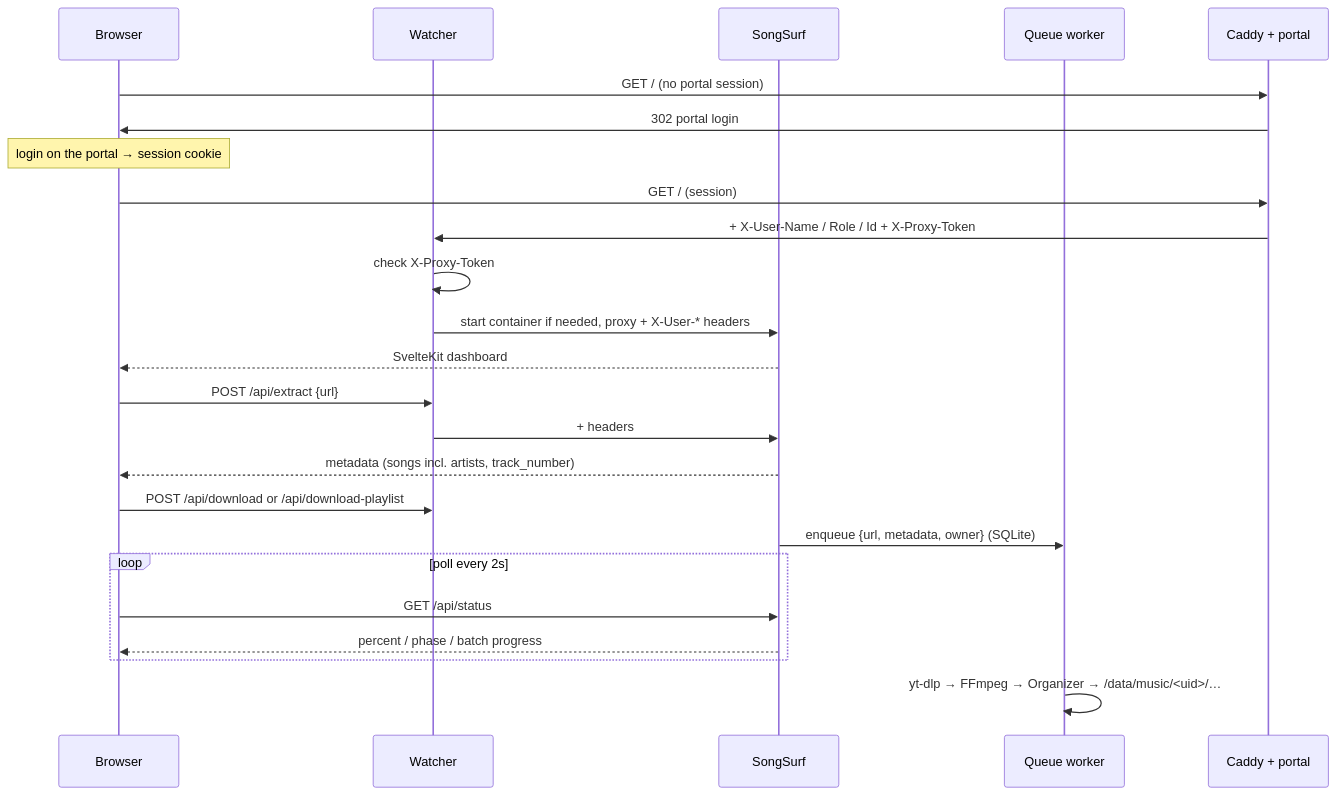
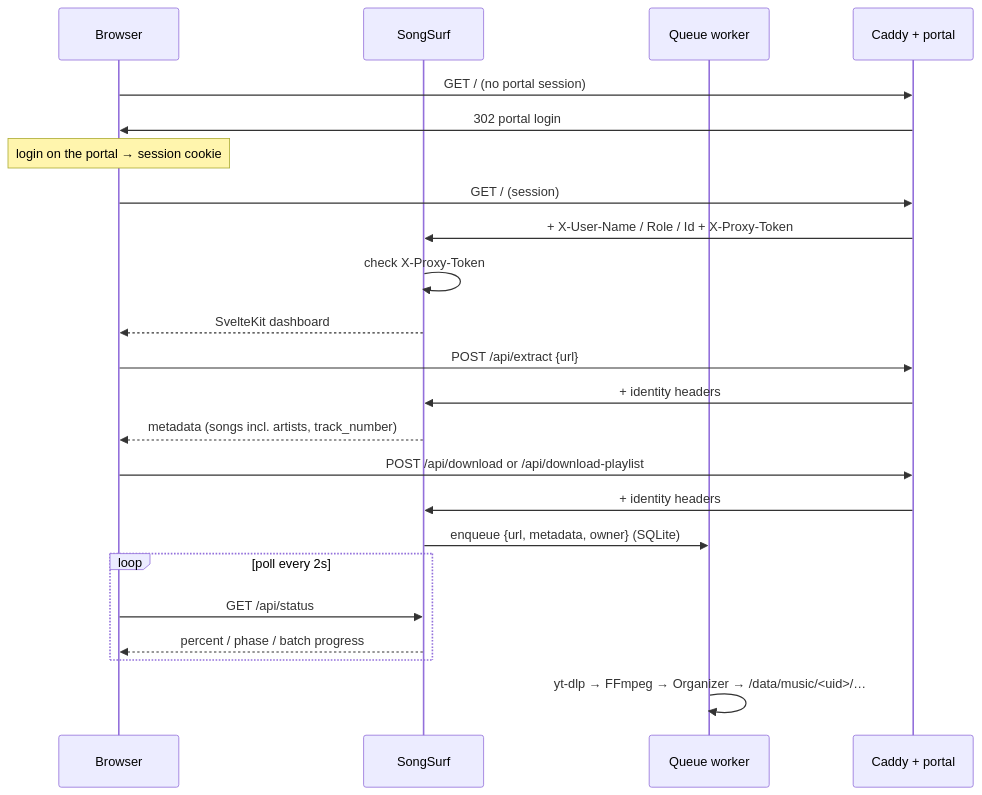
The second of 3 diagrams in docs/ARCHITECTURE.md (Rev0li/SongSurf), drawn with Mermaid before and after one commit. The commit also changed other lines of this file and 32 other files, not shown here.

````diff
--- a/docs/ARCHITECTURE.md
+++ b/docs/ARCHITECTURE.md
@@ -70,30 +58,29 @@
 ```mermaid
 sequenceDiagram
     participant B as Browser
-    participant W as Watcher
     participant S as SongSurf
     participant Q as Queue worker
     participant C as Caddy + portal
 
     B->>C: GET / (no portal session)
     C->>B: 302 portal login
     Note over B: login on the portal → session cookie
 
     B->>C: GET / (session)
-    C->>W: + X-User-Name / Role / Id + X-Proxy-Token
-    W->>W: check X-Proxy-Token
-    W->>S: start container if needed, proxy + X-User-* headers
+    C->>S: + X-User-Name / Role / Id + X-Proxy-Token
+    S->>S: check X-Proxy-Token
     S-->>B: SvelteKit dashboard
 
-    B->>W: POST /api/extract {url}
-    W->>S: + headers
+    B->>C: POST /api/extract {url}
+    C->>S: + identity headers
     S-->>B: metadata (songs incl. artists, track_number)
 
-    B->>W: POST /api/download or /api/download-playlist
+    B->>C: POST /api/download or /api/download-playlist
+    C->>S: + identity headers
     S->>Q: enqueue {url, metadata, owner} (SQLite)
     loop poll every 2s
         B->>S: GET /api/status
         S-->>B: percent / phase / batch progress
     end
     Q->>Q: yt-dlp → FFmpeg → Organizer → /data/music/<uid>/…
 ```
````
